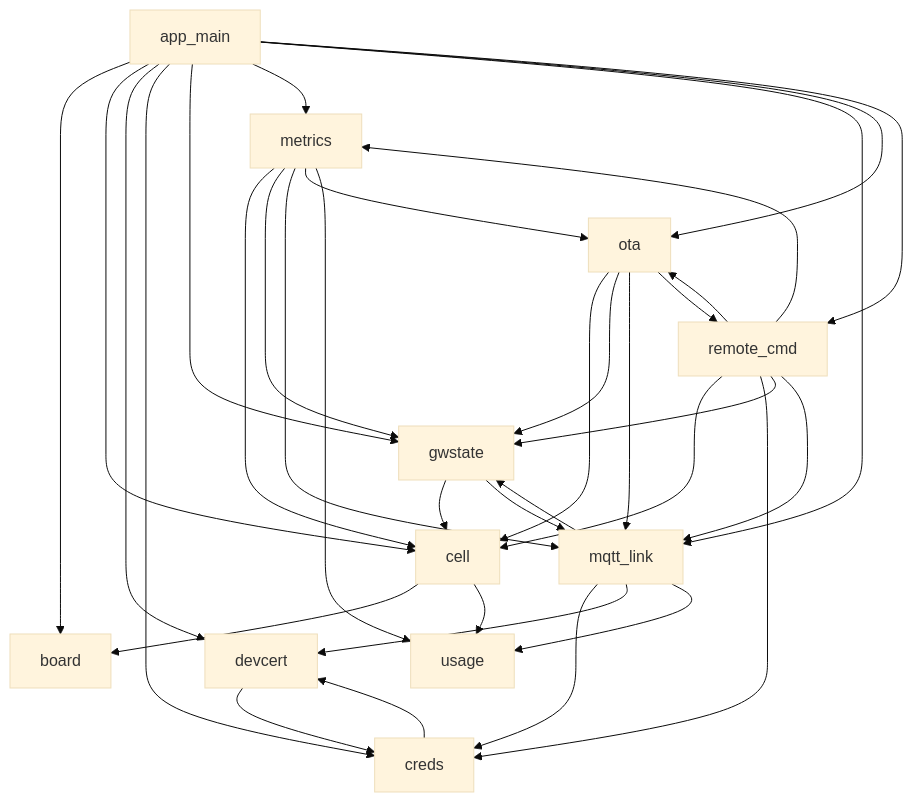
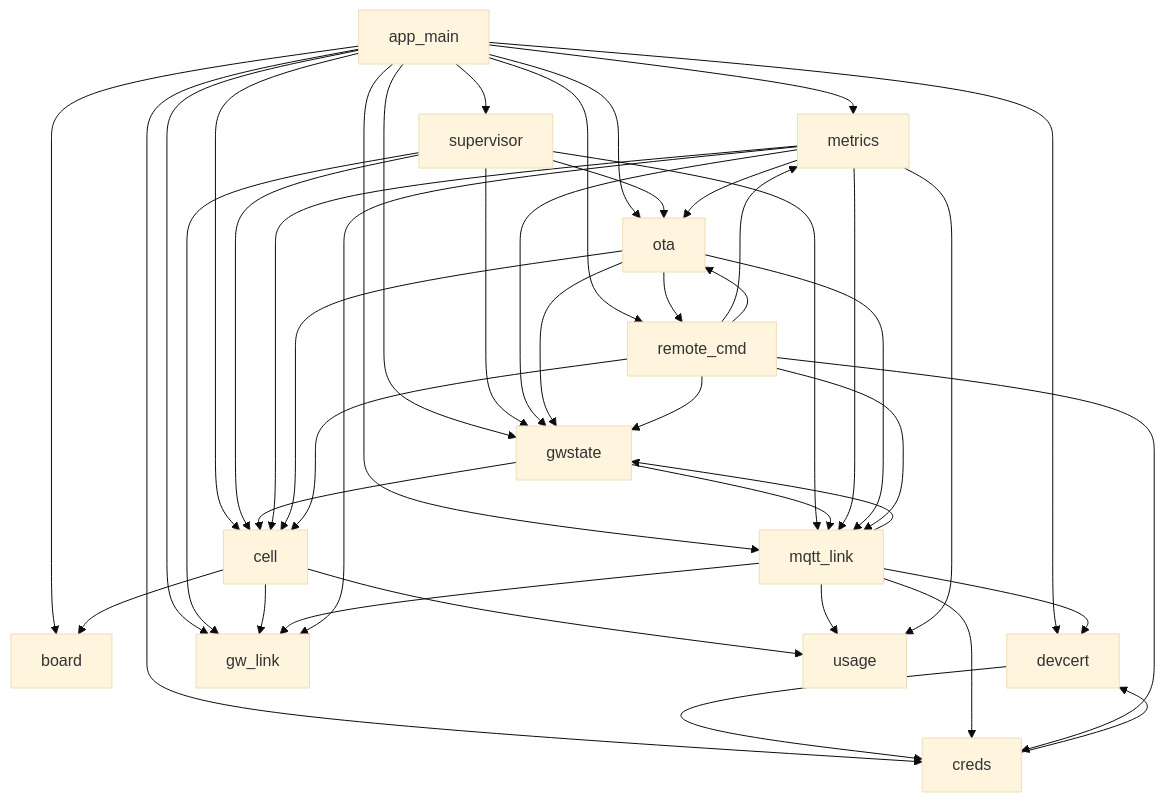
One commit to rmx-lt/rmx-mower-gateway changed the first of 3 diagrams in wiki/Mower-Gateway-Architecture.md. Above: the diagram before and after it, drawn with Mermaid (base theme). The commit also changed other lines of this file and 10 other files, not shown here.

First line of the commit message:
Own link state in gw_link; a supervisor acts on it (#75)

````diff
--- a/wiki/Mower-Gateway-Architecture.md
+++ b/wiki/Mower-Gateway-Architecture.md
@@ -33,12 +35,14 @@
 ```mermaid
 graph TD
-  app_main --> board & cell & devcert & creds & gwstate & metrics & mqtt_link & ota & remote_cmd
+  app_main --> board & cell & devcert & creds & gwstate & metrics & mqtt_link & ota & remote_cmd & gw_link & supervisor
+  supervisor --> gw_link & cell & gwstate & mqtt_link & ota
+  cell & mqtt_link & metrics --> gw_link
   cell --> board & usage
   creds --> devcert
   devcert --> creds
   mqtt_link --> creds & devcert & gwstate & usage
   gwstate --> cell & mqtt_link
   metrics --> cell & gwstate & mqtt_link & ota & usage
   ota --> cell & gwstate & mqtt_link & remote_cmd
   remote_cmd --> cell & creds & gwstate & metrics & mqtt_link & ota
 ```
````
